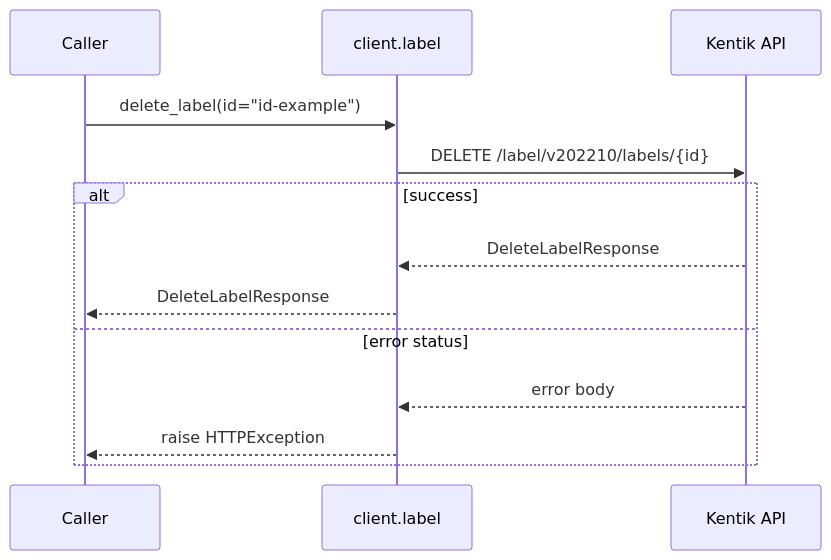
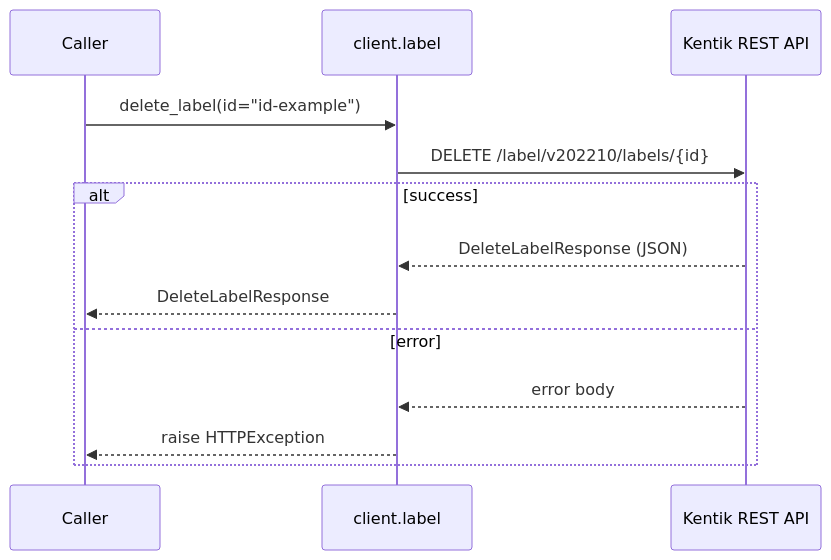
Before and after one commit to alexdearaujo/community_sdk_python: the eighth of 10 diagrams in docs/sphinx/services/label.md, drawn with Mermaid. The commit also changed other lines of this file and 61 other files, not shown here.

````diff
--- a/docs/sphinx/services/label.md
+++ b/docs/sphinx/services/label.md
@@ -177,16 +254,16 @@
 ```mermaid
 sequenceDiagram
     participant C as Caller
     participant W as client.label
-    participant API as Kentik API
+    participant API as Kentik REST API
 
     C->>W: delete_label(id="id-example")
     W->>API: DELETE /label/v202210/labels/{id}
     alt success
-        API-->>W: DeleteLabelResponse
+        API-->>W: DeleteLabelResponse (JSON)
         W-->>C: DeleteLabelResponse
-    else error status
+    else error
         API-->>W: error body
         W-->>C: raise HTTPException
     end
 ```
````
